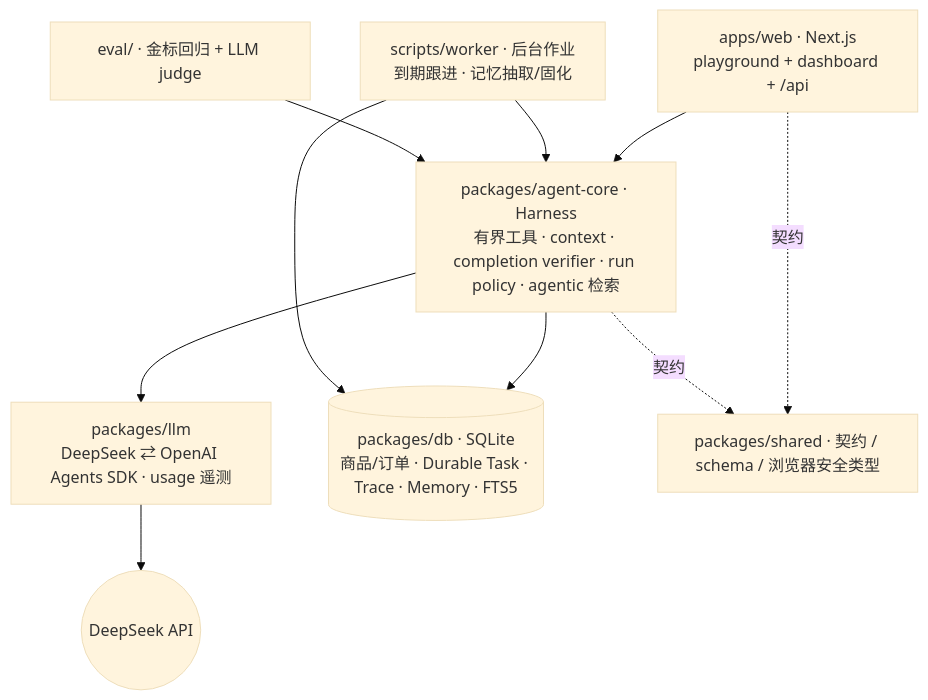
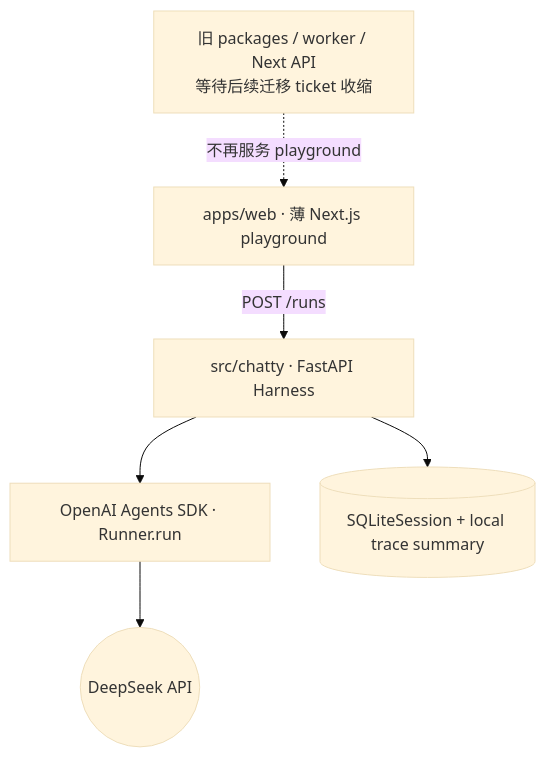
Before and after one commit to ImWenyaoT/chatty: the first of 2 diagrams in README.md, drawn with Mermaid (base theme). The commit also changed other lines of this file and 26 other files, not shown here.

````diff
--- a/README.md
+++ b/README.md
@@ -33,20 +47,14 @@
 ```mermaid
 flowchart TD
-  web["apps/web · Next.js<br/>playground + dashboard + /api"]
-  core["packages/agent-core · Harness<br/>有界工具 · context · completion verifier · run policy · agentic 检索"]
-  llm["packages/llm<br/>DeepSeek ⇄ OpenAI Agents SDK · usage 遥测"]
-  db[("packages/db · SQLite<br/>商品/订单 · Durable Task · Trace · Memory · FTS5")]
-  shared["packages/shared · 契约 / schema / 浏览器安全类型"]
-  worker["scripts/worker · 后台作业<br/>到期跟进 · 记忆抽取/固化"]
-  eval["eval/ · 金标回归 + LLM judge"]
+  web["apps/web · 薄 Next.js playground"]
+  api["src/chatty · FastAPI Harness"]
+  sdk["OpenAI Agents SDK · Runner.run"]
+  db[("SQLiteSession + local trace summary")]
   deepseek(("DeepSeek API"))
+  legacy["旧 packages / worker / Next API<br/>等待后续迁移 ticket 收缩"]
 
-  web --> core
-  core --> llm --> deepseek
-  core --> db
-  worker --> core
-  worker --> db
-  eval --> core
-  web -. 契约 .-> shared
-  core -. 契约 .-> shared
+  web -->|POST /runs| api
+  api --> sdk --> deepseek
+  api --> db
+  legacy -. 不再服务 playground .-> web
 ```
````
